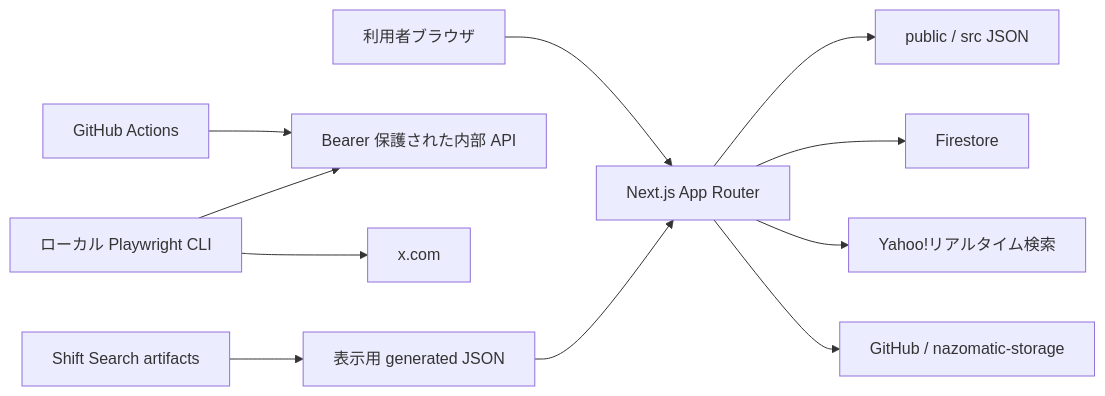
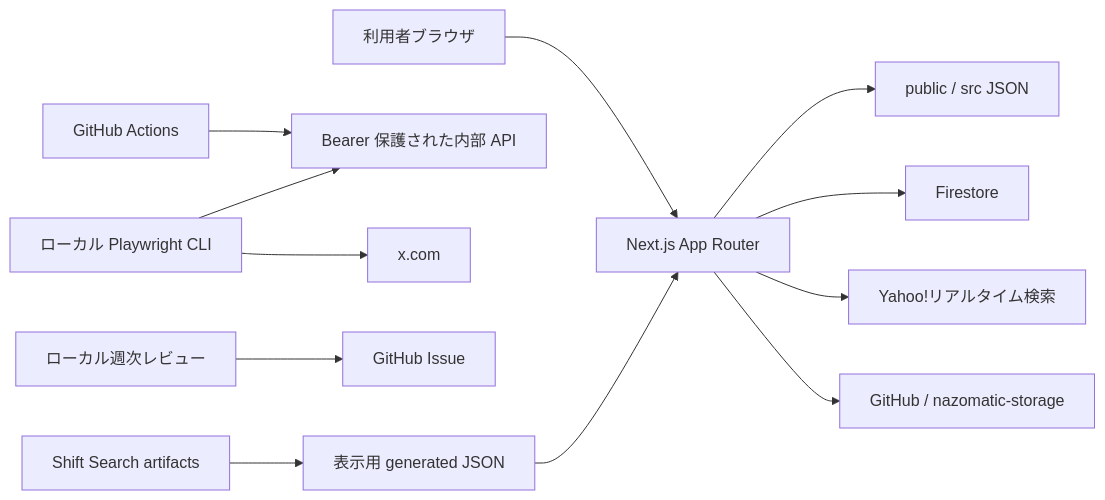
Before and after one commit to FukaseDaichi/nazomatic: the diagram in docs/system-design/README.md, drawn with Mermaid. The commit also changed other lines of this file and 18 other files, not shown here.

````diff
--- a/docs/system-design/README.md
+++ b/docs/system-design/README.md
@@ -9,13 +9,14 @@
 ```mermaid
 flowchart LR
   browser["利用者ブラウザ"] --> next["Next.js App Router"]
   next --> publicData["public / src JSON"]
   next --> firestore["Firestore"]
   next --> yahoo["Yahoo!リアルタイム検索"]
   next --> github["GitHub / nazomatic-storage"]
   actions["GitHub Actions"] --> internalApi["Bearer 保護された内部 API"]
   localCli["ローカル Playwright CLI"] --> internalApi
   localCli --> xweb["x.com"]
+  localReview["ローカル週次レビュー"] --> githubIssue["GitHub Issue"]
   artifacts["Shift Search artifacts"] --> generated["表示用 generated JSON"]
   generated --> next
 ```
````
